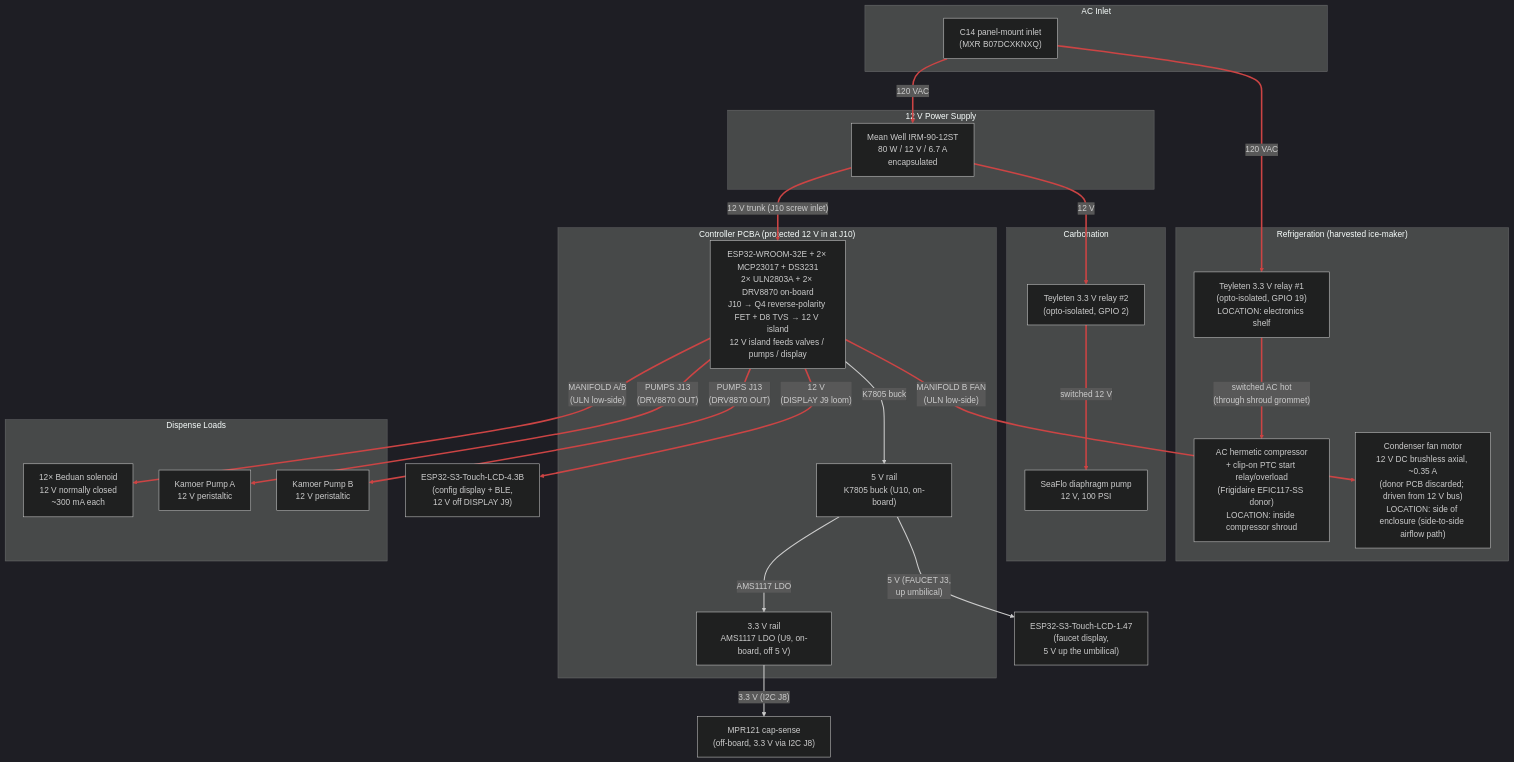
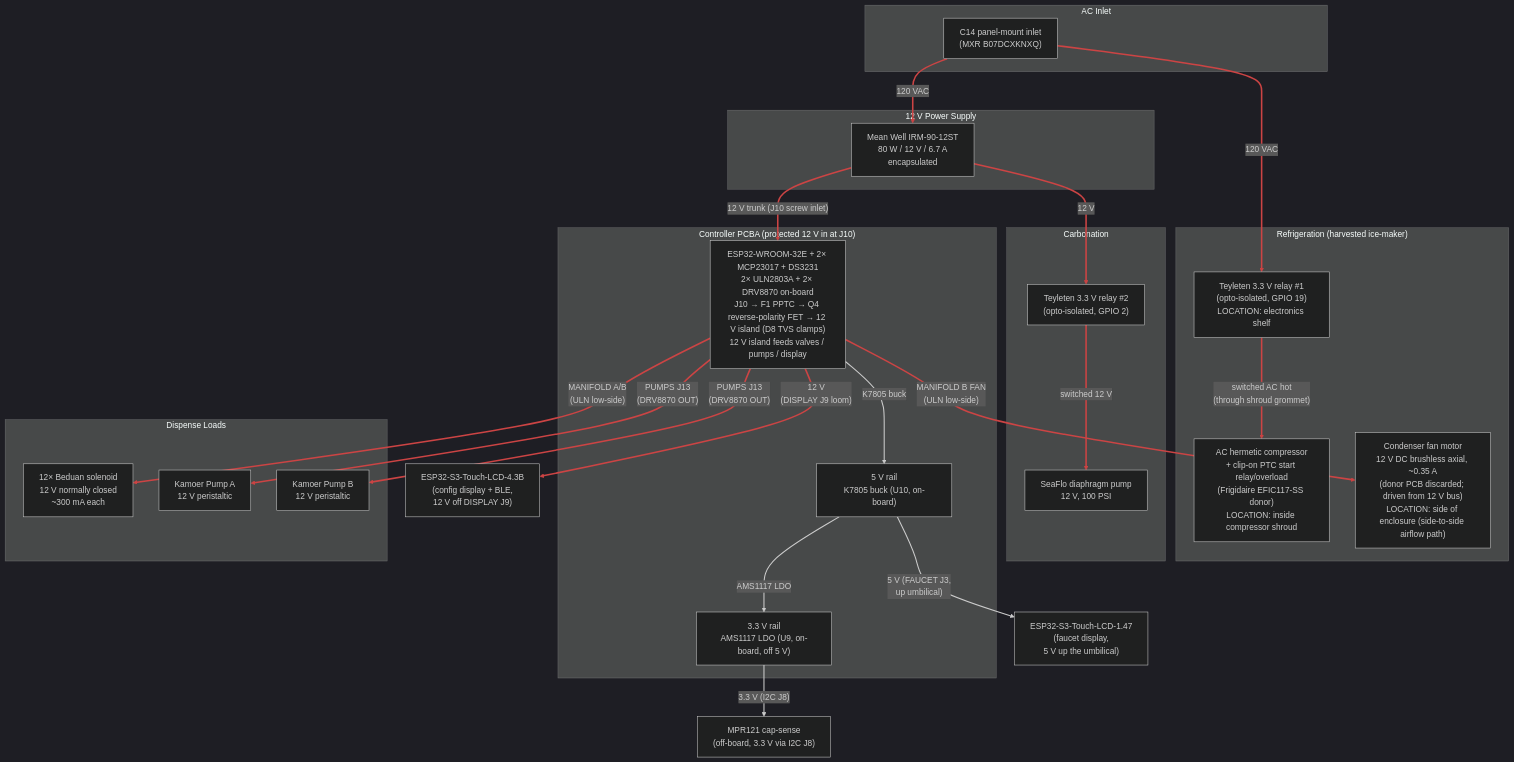
The diagram in hardware/wiring/power.mmd (derekbreden/homesodamachine), drawn with Mermaid (dark theme) before and after one commit. The commit also changed 5 other files, not shown here.

First line of the commit message:
pcba: 12V-inlet overcurrent PPTC (F1) in series at J10, no board growth

```diff
--- a/hardware/wiring/power.mmd
+++ b/hardware/wiring/power.mmd
@@ -1,131 +1,135 @@
 flowchart TD
 
   %% Power Distribution (current plan).
   %% 120 VAC mains in via C14 inlet; Mean Well 12 V PSU supplies the
   %% 12 V bus for everything except the compressor itself, which runs
   %% on switched mains via Teyleten relay #1 (PCBA RELAYS J5, ESP32
   %% GPIO 19). The 12 V diaphragm pump is gated by Teyleten relay #2
   %% (PCBA RELAYS J5, ESP32 GPIO 2) so firmware can keep refill off
   %% during an active dispense. Both relay modules take their coil/opto
   %% 5 V from RELAYS J5.
   %% The 12 V bus feeds the controller PCBA at its screw inlet (J10).
-  %% The inlet is protected: a P-channel MOSFET (Q4, AO3407) in the high
-  %% side blocks reverse polarity before the 12 V reaches the island, and
-  %% a 15 V TVS (D8, SMAJ15A) clamps input surges the board sees to under
-  %% C3's 25 V rating — so a mis-wired or transient-laden supply can no
-  %% longer cook the bulk cap, the K7805, or the drivers.
+  %% The inlet is protected in series: a resettable PPTC fuse (F1,
+  %% SMD1812P200TF16, 2 A hold / 4 A trip / 16 V) provides overcurrent
+  %% protection — it trips on a sustained ~4 A board-side fault the 6.7 A
+  %% supply ignores and auto-recovers; then a P-channel MOSFET (Q4, AO3407)
+  %% in the high side blocks reverse polarity before the 12 V reaches the
+  %% island; and a 15 V TVS (D8, SMAJ15A) clamps input surges the board
+  %% sees to under C3's 25 V rating — so an overcurrent fault, a mis-wired
+  %% loom, or a transient-laden supply can no longer cook the bulk cap,
+  %% the K7805, or the drivers.
   %% The board makes its own logic rails — 5 V from the on-board K7805
   %% buck (U10), 3.3 V from the on-board AMS1117 LDO (U9, off the 5 V
   %% rail) — and carries the WROOM, both MCP23017s, the RTC, both
   %% ULN2803As, and the two DRV8870 pump H-bridges. Off-board 12 V
   %% loads draw through the board: solenoid valves + condenser fan
   %% through the ULN channels (MANIFOLD A/B), peristaltic pumps through
   %% the DRV8870s (PUMPS J13), and the 4.3B config display through its
   %% loom connector (DISPLAY J9 carries RS485 + 12 V). The faucet
   %% display takes 5 V up the umbilical (FAUCET J3); the sensor loom
   %% (SENSORS J4) and the MQ-6 heater (GAS J11) draw 5 V / 3.3 V off
   %% the same on-board rails.
   %% Physical placement:
   %% - The C14 inlet, AC distribution, PSU, both Teyleten relays, and
   %%   the controller PCBA sit on a single electronics shelf at the
   %%   top-back of the enclosure, behind the rear-panel C14 inlet.
   %% - The compressor sits middle-bottom inside a fire-rated metal
   %%   shroud (because the appliance is going into kitchens used by
   %%   friends, family, and customers the founder knows by name, and
   %%   safe handling of the R-600a charge is what UL 60335-2-89
   %%   actually requires); its clip-on PTC start relay + overload
   %%   module is co-located with the compressor body inside the shroud.
   %% - Teyleten relay #1 stays on the SHELF, OUTSIDE the shroud.
   %%   Only switched AC enters the shroud (one wire bundle through one
   %%   grommet: switched H + N + chassis G). This avoids placing an
   %%   arcing contact inside the protected hydrocarbon-refrigerant
   %%   compartment.
   %% - The condenser fan motor is on the side of the enclosure
   %%   (the side-to-side intake → condenser → exhaust airflow path)
   %%   and is OUTSIDE the shroud. It is a 12 V DC brushless axial
   %%   fan: the donor ice maker's own PCB regulated mains to 12 V
   %%   to drive it (factory wiring was never AC on the fan itself),
   %%   so on harvest we discard the donor PCB and drive the fan
   %%   from our own 12 V bus. Low-side switched via one channel of
   %%   ULN2803A #2 (MANIFOLD B FAN pin, driven from MCP23017 0x21
   %%   PA3) — same pattern as the solenoid valves. Firmware turns it
   %%   on/off in lockstep with the compressor.
   %% See `ac-wiring-schedule.md` for run-by-run gauges + lengths and
   %% `../cut-parts/compressor-shroud/` for the shroud part.
 
   subgraph AC_Inlet["AC Inlet"]
     C14["C14 panel-mount inlet\n(MXR B07DCXKNXQ)"]
   end
 
   subgraph Supply["12 V Power Supply"]
     PSU["Mean Well IRM-90-12ST\n80 W / 12 V / 6.7 A\nencapsulated"]
   end
 
   subgraph Refrigeration["Refrigeration  (harvested ice-maker)"]
     RELAY["Teyleten 3.3 V relay #1\n(opto-isolated, GPIO 19)\nLOCATION: electronics shelf"]
     COMP_AC["AC hermetic compressor\n+ clip-on PTC start relay/overload\n(Frigidaire EFIC117-SS donor)\nLOCATION: inside compressor shroud"]
     COND_FAN["Condenser fan motor\n12 V DC brushless axial, ~0.35 A\n(donor PCB discarded; driven from 12 V bus)\nLOCATION: side of enclosure (side-to-side airflow path)"]
   end
 
   subgraph Carbonation["Carbonation"]
     DIA_RELAY["Teyleten 3.3 V relay #2\n(opto-isolated, GPIO 2)"]
     DIA_PUMP["SeaFlo diaphragm pump\n12 V, 100 PSI"]
   end
 
   subgraph Board["Controller PCBA  (protected 12 V in at J10)"]
-    PCBA["ESP32-WROOM-32E + 2× MCP23017 + DS3231\n2× ULN2803A + 2× DRV8870 on-board\nJ10 → Q4 reverse-polarity FET + D8 TVS → 12 V island\n12 V island feeds valves / pumps / display"]
+    PCBA["ESP32-WROOM-32E + 2× MCP23017 + DS3231\n2× ULN2803A + 2× DRV8870 on-board\nJ10 → F1 PPTC → Q4 reverse-polarity FET → 12 V island (D8 TVS clamps)\n12 V island feeds valves / pumps / display"]
     REG_5V["5 V rail\nK7805 buck (U10, on-board)"]
     REG_3V3["3.3 V rail\nAMS1117 LDO (U9, on-board, off 5 V)"]
   end
 
   subgraph Dispense["Dispense Loads"]
     VALVES["12× Beduan solenoid\n12 V normally closed\n~300 mA each"]
     PUMP_A["Kamoer Pump A\n12 V peristaltic"]
     PUMP_B["Kamoer Pump B\n12 V peristaltic"]
   end
 
   CFG["ESP32-S3-Touch-LCD-4.3B\n(config display + BLE,\n 12 V off DISPLAY J9)"]
 
   FAUCET["ESP32-S3-Touch-LCD-1.47\n(faucet display,\n 5 V up the umbilical)"]
 
   MPR["MPR121 cap-sense\n(off-board, 3.3 V via I2C J8)"]
 
   %% AC distribution (hot leg)
   C14 ==>|"120 VAC"| RELAY
   C14 ==>|"120 VAC"| PSU
   RELAY ==>|"switched AC hot\n(through shroud grommet)"| COMP_AC
 
   %% 12 V distribution
   PSU ==>|"12 V trunk (J10 screw inlet)"| PCBA
   PSU ==>|"12 V"| DIA_RELAY
   DIA_RELAY ==>|"switched 12 V"| DIA_PUMP
   PCBA ==>|"MANIFOLD A/B\n(ULN low-side)"| VALVES
   PCBA ==>|"MANIFOLD B FAN\n(ULN low-side)"| COND_FAN
   PCBA ==>|"PUMPS J13\n(DRV8870 OUT)"| PUMP_A
   PCBA ==>|"PUMPS J13\n(DRV8870 OUT)"| PUMP_B
   PCBA ==>|"12 V\n(DISPLAY J9 loom)"| CFG
 
   %% Logic rails (made on the PCBA)
   PCBA -->|"K7805 buck"| REG_5V
   REG_5V -->|"5 V (FAUCET J3,\n up umbilical)"| FAUCET
   REG_5V -->|"AMS1117 LDO"| REG_3V3
   REG_3V3 -->|"3.3 V (I2C J8)"| MPR
 
   %% Power paths (red, thick).
   %% 0    = C14 -> relay #1 (AC mains)
   %% 1    = C14 -> PSU (AC mains)
   %% 2    = relay #1 -> compressor (switched AC, through shroud)
   %% 3    = PSU 12 V trunk -> PCBA (J10)
   %% 4    = PSU 12 V -> diaphragm relay #2
   %% 5    = relay #2 -> diaphragm pump (switched 12 V)
   %% 6    = PCBA -> solenoid valves (ULN low-side)
   %% 7    = PCBA -> condenser fan (ULN low-side)
   %% 8-9  = PCBA -> peristaltic pumps (DRV8870)
   %% 10   = PCBA -> 4.3B config display (12 V off J9)
   linkStyle 0,1,2,3,4,5,6,7,8,9,10 stroke:#c44,stroke-width:3px
   %% Logic rails (5 V, 3.3 V), made on the PCBA: white workhorse.
   %% 11 = K7805 buck -> 5 V rail
   %% 12 = 5 V rail -> faucet display (up umbilical)
   %% 13 = AMS1117 -> 3.3 V rail
   %% 14 = 3.3 V rail -> off-board MPR121 (I2C header)
   linkStyle 11,12,13,14 stroke:#ccc,stroke-width:2px
```
